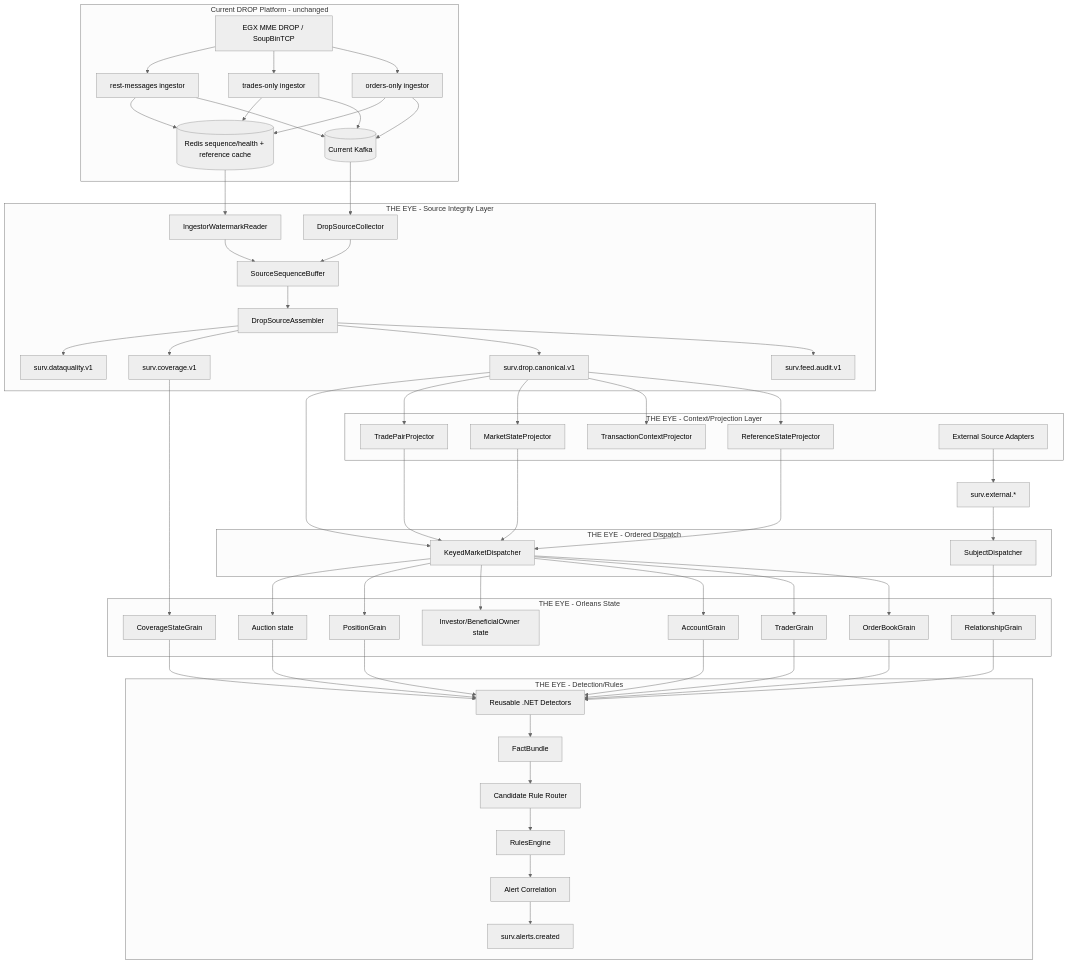
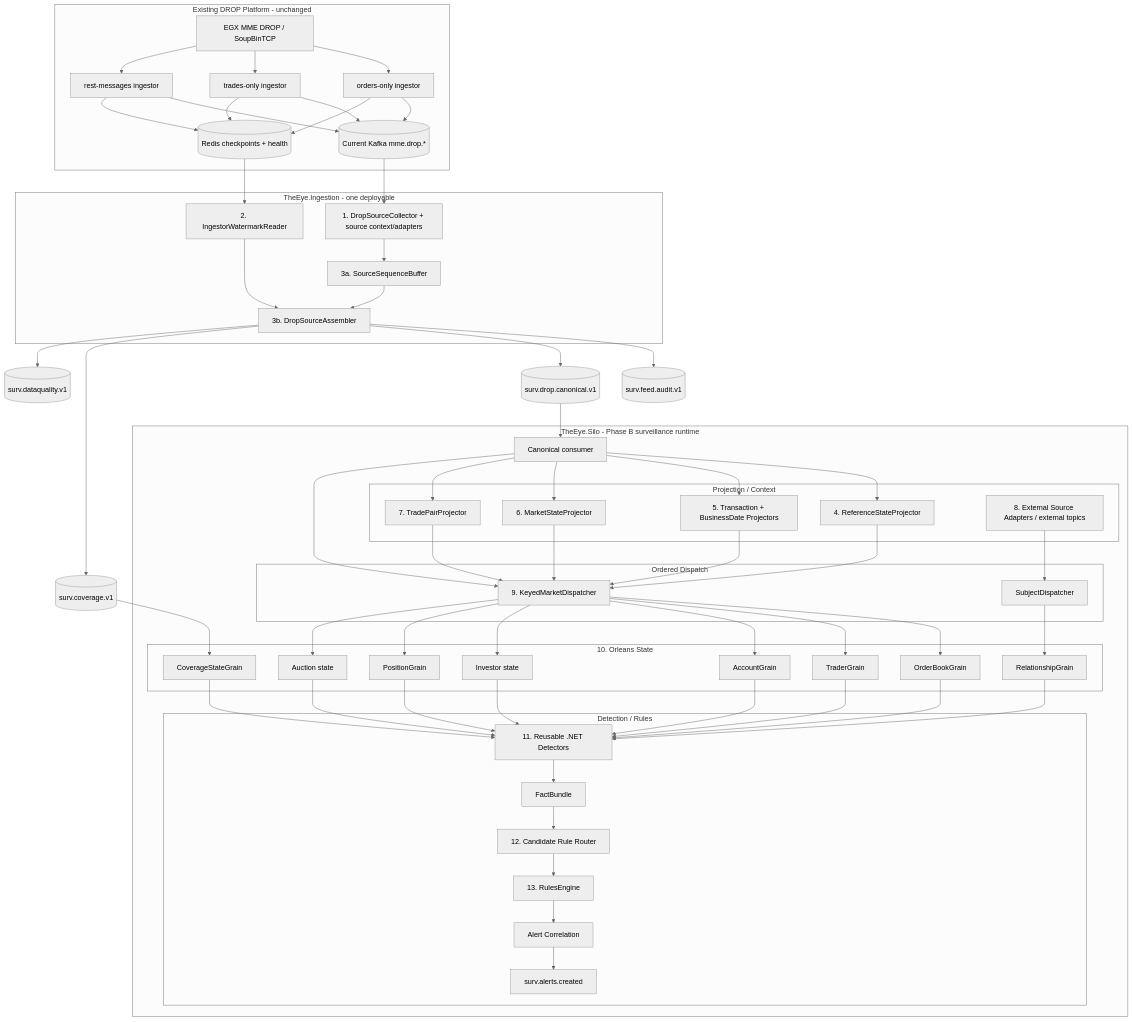
One commit to adnanelhabashy/surveillance-knowledge-base changed the diagram in Market-Surveillance-Full-Plan-Doc-Refrence/Architecture/Implementation-Start/13 - Event Processing Blocks.md. Above: the diagram before and after it, drawn with Mermaid (neutral theme). The commit also changed other lines of this file, not shown here.

Commit message:
docs: move projectors and dispatch into Silo and SourceAssembly into Ingestor

````diff
--- a/Market-Surveillance-Full-Plan-Doc-Refrence/Architecture/Implementation-Start/13 - Event Processing Blocks.md
+++ b/Market-Surveillance-Full-Plan-Doc-Refrence/Architecture/Implementation-Start/13 - Event Processing Blocks.md
@@ -15,104 +20,80 @@
 ```mermaid
 flowchart TB
-    subgraph CURRENT[Current DROP Platform - unchanged]
+    subgraph CURRENT[Existing DROP Platform - unchanged]
         EGX[EGX MME DROP / SoupBinTCP]
         IO[orders-only ingestor]
         IT[trades-only ingestor]
         IR[rest-messages ingestor]
-        K[(Current Kafka)]
-        RK[(Redis sequence/health + reference cache)]
+        K[(Current Kafka mme.drop.*)]
+        RK[(Redis checkpoints + health)]
         EGX --> IO & IT & IR
-        IO --> K
-        IT --> K
-        IR --> K
+        IO & IT & IR --> K
         IO & IT & IR --> RK
     end
 
-    subgraph SOURCE[THE EYE - Source Integrity Layer]
-        COL[DropSourceCollector]
-        WM[IngestorWatermarkReader]
-        BUF[SourceSequenceBuffer]
-        ASM[DropSourceAssembler]
-        AUDIT[surv.feed.audit.v1]
-        CANON[surv.drop.canonical.v1]
-        COVER[surv.coverage.v1]
-        DQ[surv.dataquality.v1]
+    subgraph ING[TheEye.Ingestion - one deployable]
+        COL[1. DropSourceCollector + source context/adapters]
+        WM[2. IngestorWatermarkReader]
+        BUF[3a. SourceSequenceBuffer]
+        ASM[3b. DropSourceAssembler]
+        COL --> BUF --> ASM
+        WM --> ASM
     end
 
     K --> COL
     RK --> WM
-    COL --> BUF
-    WM --> BUF
-    BUF --> ASM
-    ASM --> AUDIT
-    ASM --> CANON
-    ASM --> COVER
-    ASM --> DQ
 
-    subgraph CONTEXT[THE EYE - Context/Projection Layer]
-        REF[ReferenceStateProjector]
-        TX[TransactionContextProjector]
-        MARKET[MarketStateProjector]
-        PAIR[TradePairProjector]
-        EXT[External Source Adapters]
+    ASM --> AUDIT[(surv.feed.audit.v1)]
+    ASM --> CANON[(surv.drop.canonical.v1)]
+    ASM --> COVER[(surv.coverage.v1)]
+    ASM --> DQ[(surv.dataquality.v1)]
+
+    subgraph SILO[TheEye.Silo - Phase B surveillance runtime]
+        CON[Canonical consumer]
+
+        subgraph CONTEXT[Projection / Context]
+            REF[4. ReferenceStateProjector]
+            TX[5. Transaction + BusinessDate Projectors]
+            MARKET[6. MarketStateProjector]
+            PAIR[7. TradePairProjector]
+            EXT[8. External Source Adapters / external topics]
+        end
+
+        subgraph DISPATCH[Ordered Dispatch]
+            DISP[9. KeyedMarketDispatcher]
+            SUBJ[SubjectDispatcher]
+        end
+
+        subgraph ORLEANS[10. Orleans State]
+            BOOK[OrderBookGrain]
+            TRADER[TraderGrain]
+            ACCOUNT[AccountGrain]
+            INVESTOR[Investor state]
+            POSITION[PositionGrain]
+            REL[RelationshipGrain]
+            AUCTION[Auction state]
+            COV[CoverageStateGrain]
+        end
+
+        subgraph DETECTION[Detection / Rules]
+            DET[11. Reusable .NET Detectors]
+            FACT[FactBundle]
+            ROUTER[12. Candidate Rule Router]
+            RULE[13. RulesEngine]
+            CORR[Alert Correlation]
+            ALERT[surv.alerts.created]
+        end
+
+        CON --> REF & TX & MARKET & PAIR
+        CON --> DISP
+        REF & TX & MARKET & PAIR --> DISP
+        EXT --> SUBJ
+        DISP --> BOOK & TRADER & ACCOUNT & INVESTOR & POSITION & AUCTION
+        SUBJ --> REL
+        BOOK & TRADER & ACCOUNT & INVESTOR & POSITION & REL & AUCTION & COV --> DET
+        DET --> FACT --> ROUTER --> RULE --> CORR --> ALERT
     end
 
-    CANON --> REF
-    CANON --> TX
-    CANON --> MARKET
-    CANON --> PAIR
-    EXT --> XTOPIC[surv.external.*]
-
-    subgraph DISPATCH[THE EYE - Ordered Dispatch]
-        DISP[KeyedMarketDispatcher]
-        SUBJ[SubjectDispatcher]
-    end
-
-    CANON --> DISP
-    XTOPIC --> SUBJ
-    REF --> DISP
-    MARKET --> DISP
-    PAIR --> DISP
-
-    subgraph ORLEANS[THE EYE - Orleans State]
-        BOOK[OrderBookGrain]
-        TRADER[TraderGrain]
-        ACCOUNT[AccountGrain]
-        INVESTOR[Investor/BeneficialOwner state]
-        POSITION[PositionGrain]
-        REL[RelationshipGrain]
-        AUCTION[Auction state]
-        COV[CoverageStateGrain]
-    end
-
-    DISP --> BOOK
-    DISP --> TRADER
-    DISP --> ACCOUNT
-    DISP --> INVESTOR
-    DISP --> POSITION
-    DISP --> AUCTION
-    SUBJ --> REL
+    CANON --> CON
     COVER --> COV
-
-    subgraph DETECTION[THE EYE - Detection/Rules]
-        DET[Reusable .NET Detectors]
-        FACT[FactBundle]
-        ROUTER[Candidate Rule Router]
-        RULE[RulesEngine]
-        CORR[Alert Correlation]
-        ALERT[surv.alerts.created]
-    end
-
-    BOOK --> DET
-    TRADER --> DET
-    ACCOUNT --> DET
-    POSITION --> DET
-    REL --> DET
-    AUCTION --> DET
-    COV --> DET
-    DET --> FACT
-    FACT --> ROUTER
-    ROUTER --> RULE
-    RULE --> CORR
-    CORR --> ALERT
 ```
````
